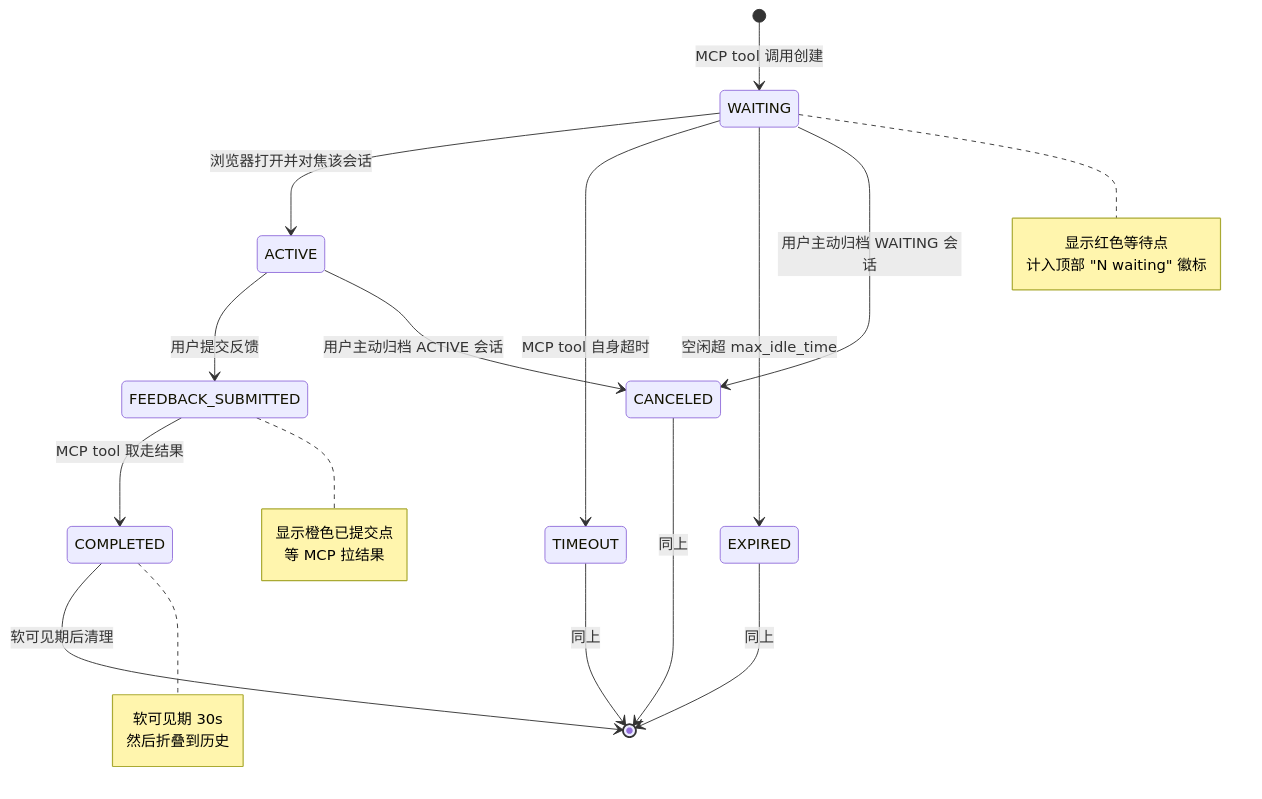
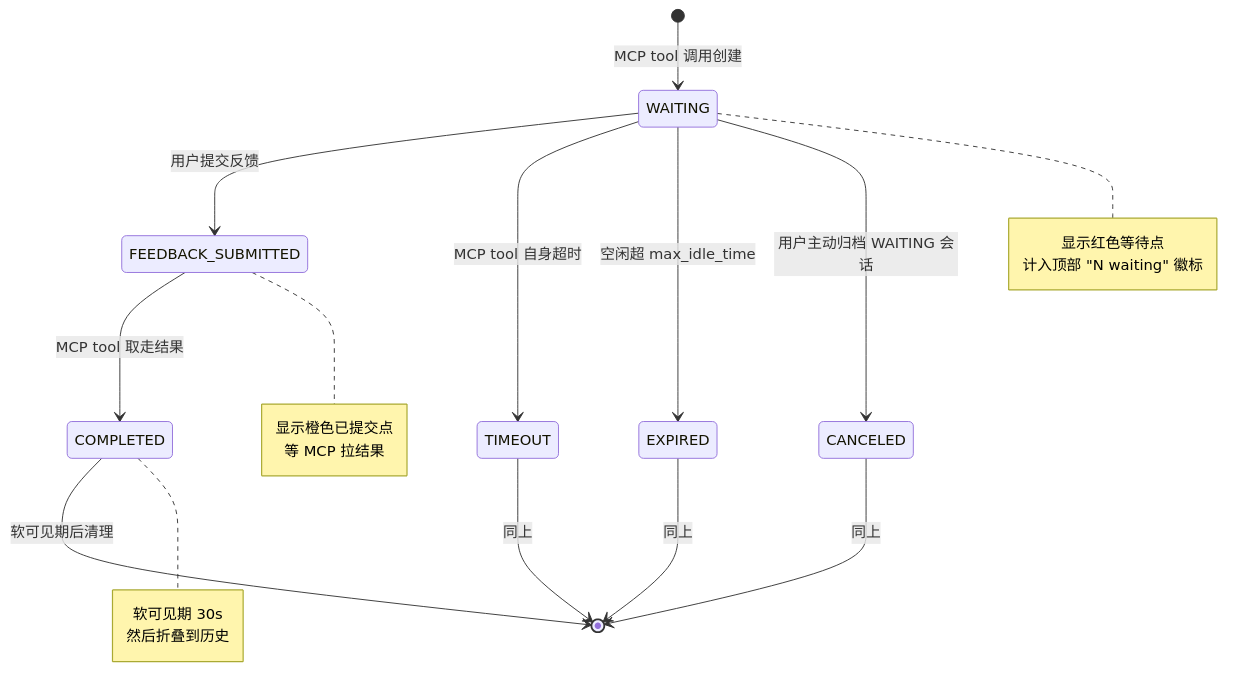
The third of 3 diagrams in docs/architecture/multi-session-http-redesign.md (0xlane/mcp-interactive-feedback-multi-session), drawn with Mermaid before and after one commit. The commit also changed other lines of this file and 10 other files, not shown here.

````diff
--- a/docs/architecture/multi-session-http-redesign.md
+++ b/docs/architecture/multi-session-http-redesign.md
@@ -258,30 +258,28 @@
 ```mermaid
 stateDiagram-v2
     [*] --> WAITING: MCP tool 调用创建
-    WAITING --> ACTIVE: 浏览器打开并对焦该会话
-    ACTIVE --> FEEDBACK_SUBMITTED: 用户提交反馈
+    WAITING --> FEEDBACK_SUBMITTED: 用户提交反馈
     FEEDBACK_SUBMITTED --> COMPLETED: MCP tool 取走结果
     WAITING --> TIMEOUT: MCP tool 自身超时
     WAITING --> EXPIRED: 空闲超 max_idle_time
     WAITING --> CANCELED: 用户主动归档 WAITING 会话
-    ACTIVE --> CANCELED: 用户主动归档 ACTIVE 会话
     COMPLETED --> [*]: 软可见期后清理
     TIMEOUT --> [*]: 同上
     EXPIRED --> [*]: 同上
     CANCELED --> [*]: 同上
 
     note right of WAITING
       显示红色等待点
       计入顶部 "N waiting" 徽标
     end note
 
     note right of FEEDBACK_SUBMITTED
       显示橙色已提交点
       等 MCP 拉结果
     end note
 
     note right of COMPLETED
       软可见期 30s
       然后折叠到历史
     end note
 ```
````
